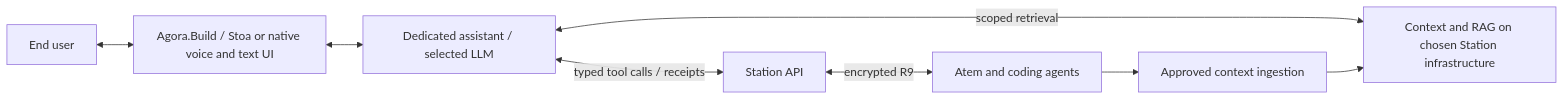
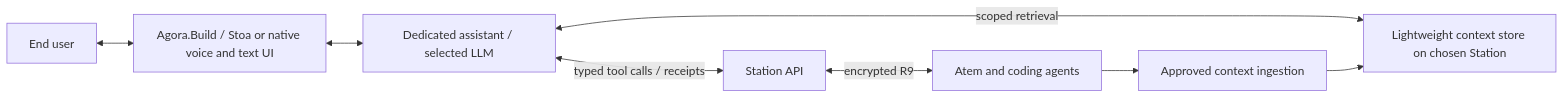
One commit to Agora-Build/Astation changed the second of 2 diagrams in designs/unified-integrations.md. Above: the diagram before and after it, drawn with Mermaid. The commit also changed other lines of this file, not shown here.

First line of the commit message:
docs: share opt-in assistant design and lightweight context plan

````diff
--- a/designs/unified-integrations.md
+++ b/designs/unified-integrations.md
@@ -480,10 +530,10 @@
 ```mermaid
 flowchart LR
     User[End user] <--> UI[Agora.Build / Stoa or native voice and text UI]
     UI <--> Assistant[Dedicated assistant / selected LLM]
-    Assistant <-->|scoped retrieval| RAG[Context and RAG on chosen Station infrastructure]
+    Assistant <-->|scoped retrieval| Context[Lightweight context store on chosen Station]
     Assistant <-->|typed tool calls / receipts| API[Station API]
     API <-->|encrypted R9| Atem[Atem and coding agents]
     Atem --> Export[Approved context ingestion]
-    Export --> RAG
+    Export --> Context
 ```
````
